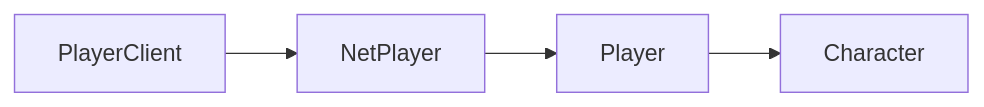
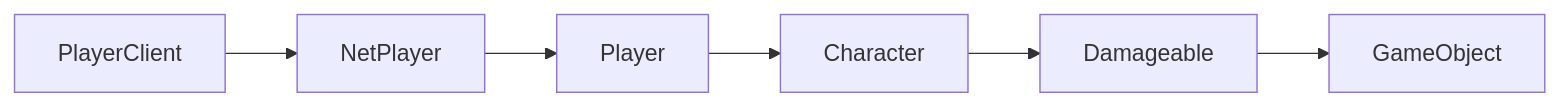
The diagram in docs/client-api/character.mdx (jc4-mp/docs.jc4mp.com), drawn with Mermaid before and after one commit. The commit also changed other lines of this file and 5 other files, not shown here.

````diff
--- a/docs/client-api/character.mdx
+++ b/docs/client-api/character.mdx
@@ -20,10 +22,14 @@
 ```mermaid
 flowchart LR
   PlayerClient --> NetPlayer
   NetPlayer --> Player
   Player --> Character
+  Character --> Damageable
+  Damageable --> GameObject
   click PlayerClient href "/client-api/playerclient" "PlayerClient"
   click NetPlayer href "/client-api/netplayer" "NetPlayer"
   click Player href "/client-api/player" "Player"
   click Character href "/client-api/character" "Character"
+  click Damageable href "/client-api/damageable" "Damageable"
+  click GameObject href "/client-api/gameobject" "GameObject"
 ```
````
